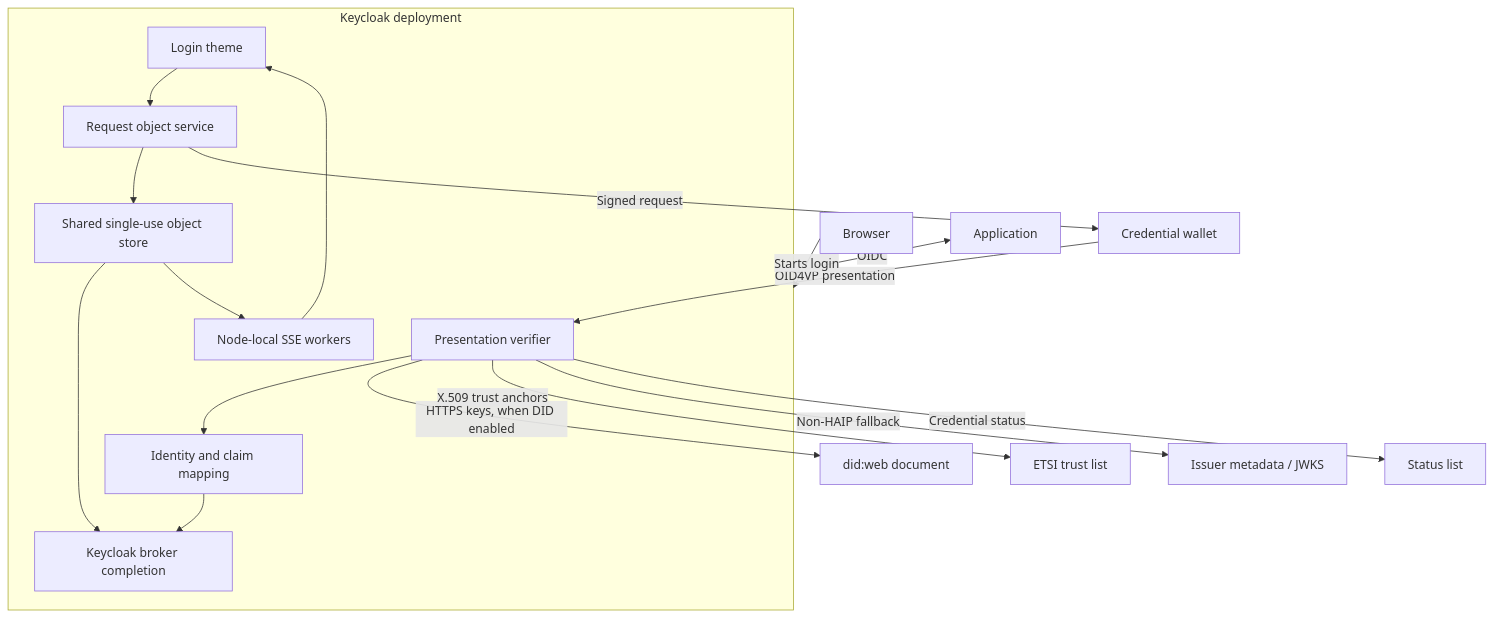
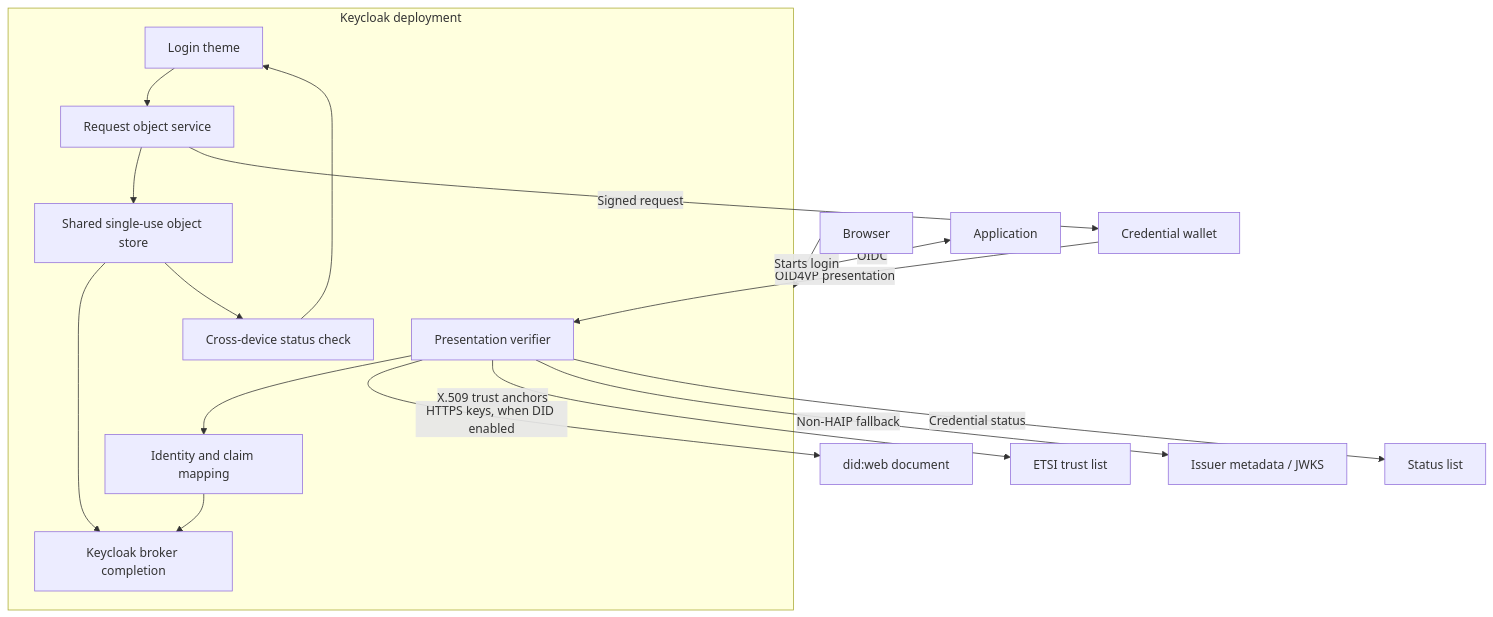
Before and after one commit to su-engineering/keycloak-oid4vp: the first of 3 diagrams in docs/diagrams.md, drawn with Mermaid. The commit also changed other lines of this file and 36 other files, not shown here.

First line of the commit message:
fix: poll cross-device status instead of holding an SSE stream

````diff
--- a/docs/diagrams.md
+++ b/docs/diagrams.md
@@ -7,20 +7,20 @@
 ```mermaid
 flowchart TB
     Browser[Browser] -->|Starts login| KC
     App[Application] <-->|OIDC| KC
     Wallet[Credential wallet] -->|OID4VP presentation| VP
     subgraph KC[Keycloak deployment]
         Theme[Login theme] --> Request[Request object service]
         Request --> State[Shared single-use object store]
         VP[Presentation verifier] --> Mapping[Identity and claim mapping]
         Mapping --> Broker[Keycloak broker completion]
         State --> Broker
-        State --> SSE[Node-local SSE workers]
-        SSE --> Theme
+        State --> StatusCheck[Cross-device status check]
+        StatusCheck --> Theme
     end
     Request -->|Signed request| Wallet
     VP -->|HTTPS keys, when DID enabled| DID[did:web document]
     VP -->|X.509 trust anchors| Trust[ETSI trust list]
     VP -->|Non-HAIP fallback| Metadata[Issuer metadata / JWKS]
     VP -->|Credential status| Status[Status list]
 ```
````
